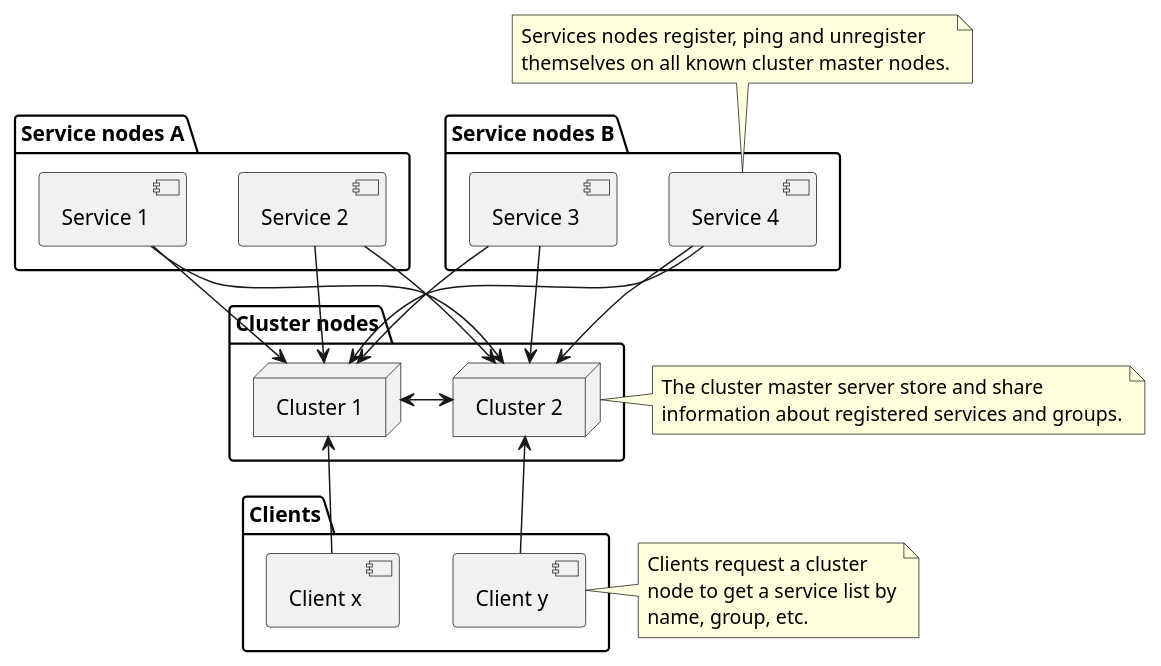
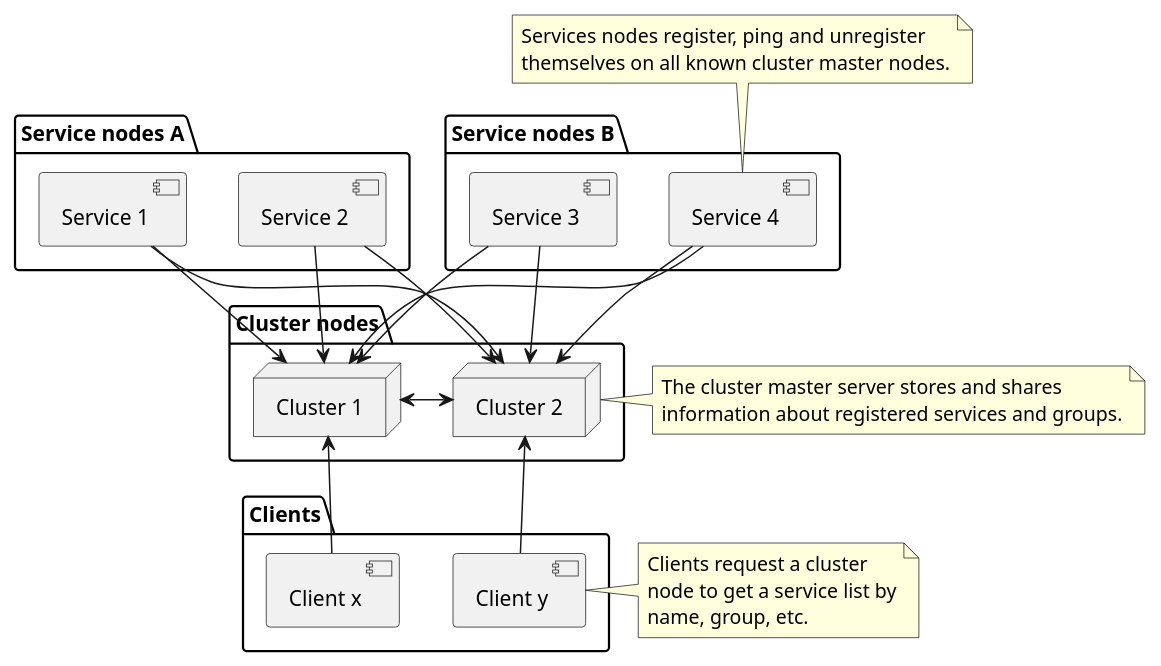
Before and after one commit to qwazr/cluster: the diagram in src/main/asciidoc/cluster-typology.adoc, drawn with PlantUML.

```diff
--- a/src/main/asciidoc/cluster-typology.adoc
+++ b/src/main/asciidoc/cluster-typology.adoc
@@ -1,44 +1,44 @@
 [plantuml,cluster-typology, svg]
 ....
 
 folder "Cluster nodes" {
    node "Cluster 1"
    node "Cluster 2"
   [Cluster 1] <-> [Cluster 2]
 }
 
 folder "Service nodes A" {
   [Service 2] -down-> [Cluster 1]
   [Service 2] -down-> [Cluster 2]
   [Service 1] -down-> [Cluster 1]
   [Service 1] -down-> [Cluster 2]
 }
 
 folder "Service nodes B" {
   [Service 4] -down-> [Cluster 1]
   [Service 4] -down-> [Cluster 2]
   [Service 3] -down-> [Cluster 1]
   [Service 3] -down-> [Cluster 2]
 }
 
 folder "Clients" {
   [Cluster 1] <-- [Client x]
   [Client y] --> [Cluster 2]
 }
 
 note top of [Service 4]
   Services nodes register, ping and unregister
   themselves on all known cluster master nodes.
 end note
 
 note right of [Client y]
   Clients request a cluster
   node to get a service list by
   name, group, etc.
 end note
 
 note right of [Cluster 2]
-  The cluster master server store and share
+  The cluster master server stores and shares
   information about registered services and groups.
 end note
 ....
```
